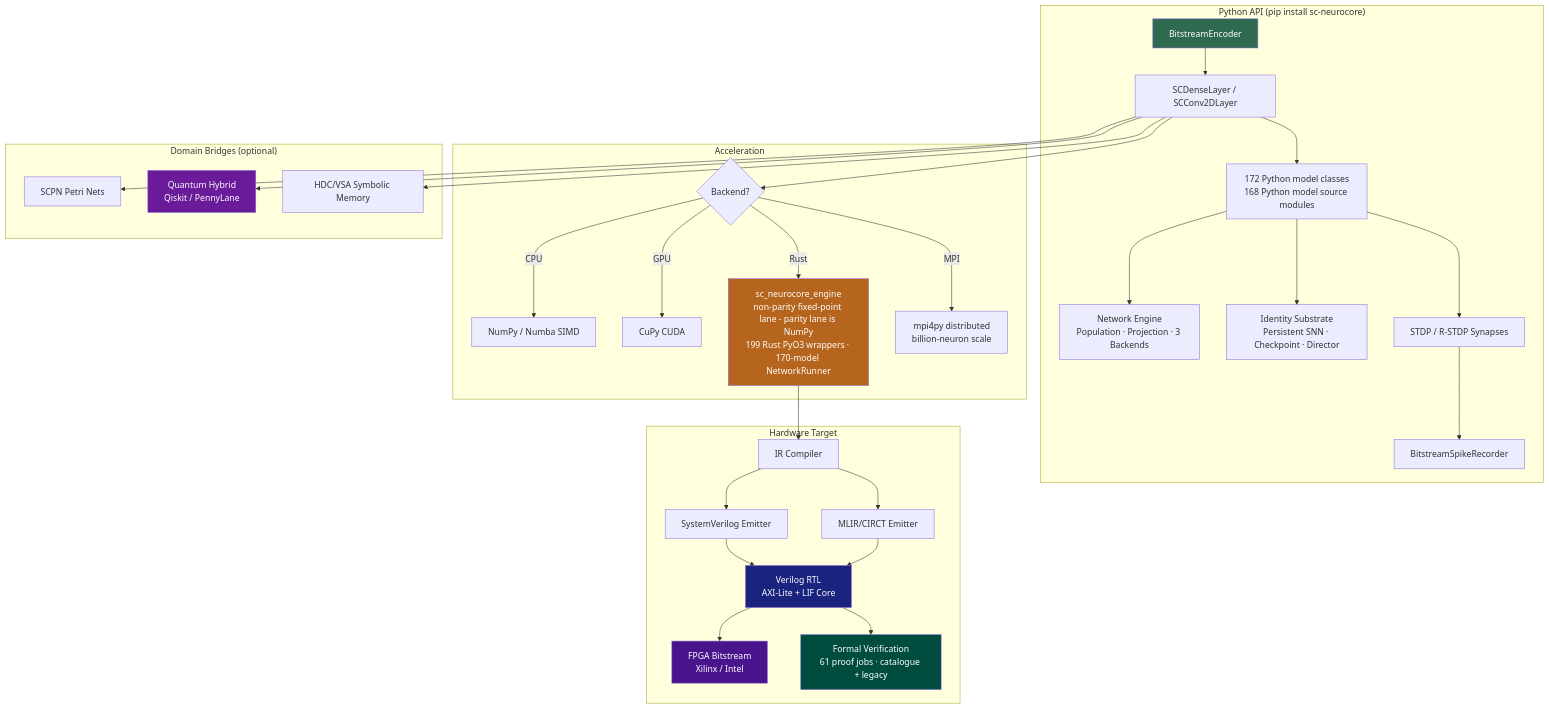
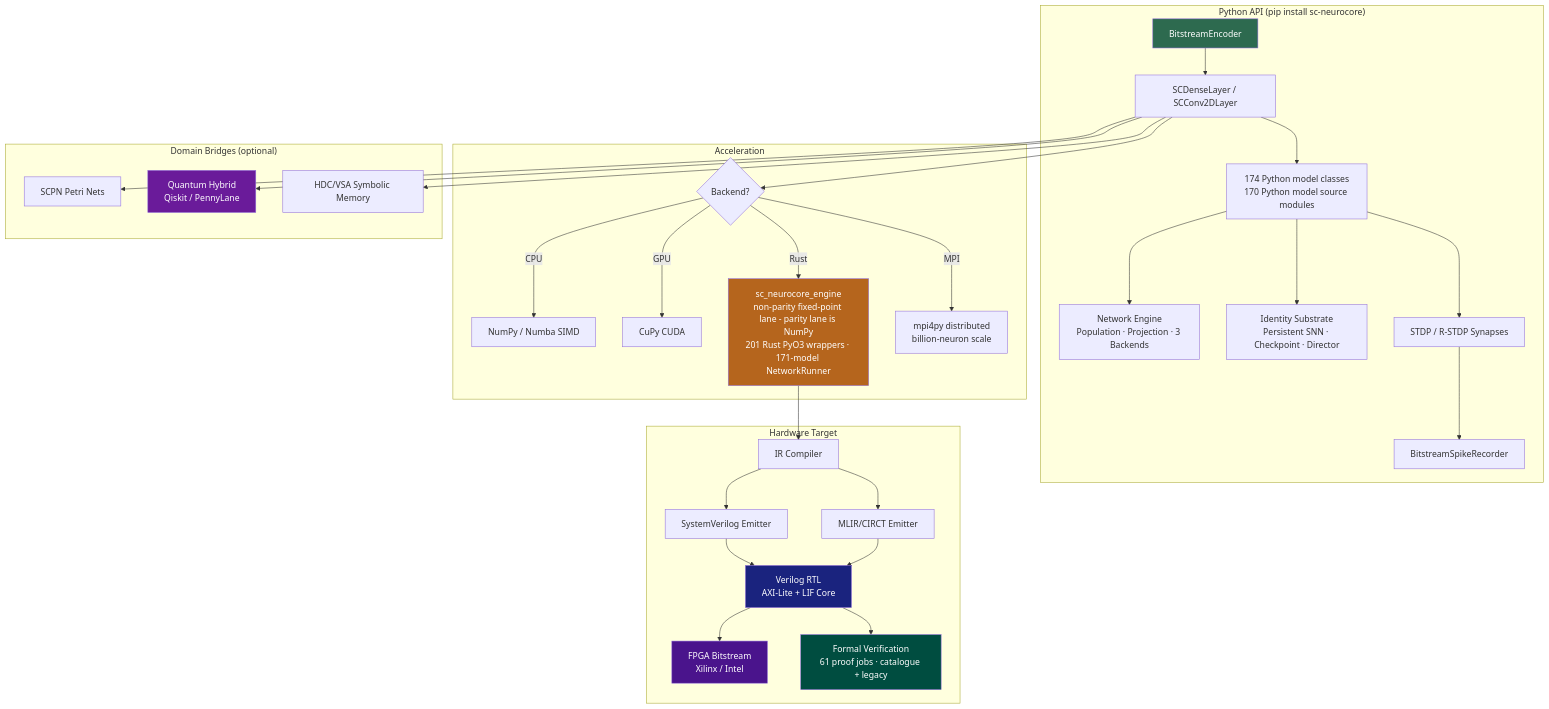
The diagram in README.md (anulum/sc-neurocore), drawn with Mermaid before and after one commit. The commit also changed other lines of this file and 81 other files, not shown here.

````diff
--- a/README.md
+++ b/README.md
@@ -380,42 +380,42 @@
 ```mermaid
 graph TD
     subgraph "Python API (pip install sc-neurocore)"
         A[BitstreamEncoder] --> B[SCDenseLayer / SCConv2DLayer]
-        B --> C[172 Python model classes<br/>168 Python model source modules]
+        B --> C[174 Python model classes<br/>170 Python model source modules]
         C --> NET[Network Engine<br/>Population · Projection · 3 Backends]
         C --> ID[Identity Substrate<br/>Persistent SNN · Checkpoint · Director]
         C --> D[STDP / R-STDP Synapses]
         D --> E[BitstreamSpikeRecorder]
     end
 
     subgraph "Acceleration"
         B --> F{Backend?}
         F -->|CPU| G[NumPy / Numba SIMD]
         F -->|GPU| H[CuPy CUDA]
-        F -->|Rust| I[sc_neurocore_engine<br/>non-parity fixed-point lane - parity lane is NumPy<br/>199 Rust PyO3 wrappers · 170-model NetworkRunner]
+        F -->|Rust| I[sc_neurocore_engine<br/>non-parity fixed-point lane - parity lane is NumPy<br/>201 Rust PyO3 wrappers · 171-model NetworkRunner]
         F -->|MPI| MPI[mpi4py distributed<br/>billion-neuron scale]
     end
 
     subgraph "Hardware Target"
         I --> J[IR Compiler]
         J --> K[SystemVerilog Emitter]
         J --> K2[MLIR/CIRCT Emitter]
         K --> L[Verilog RTL<br/>AXI-Lite + LIF Core]
         K2 --> L
         L --> M[FPGA Bitstream<br/>Xilinx / Intel]
         L --> V[Formal Verification<br/>61 proof jobs · catalogue + legacy]
     end
 
     subgraph "Domain Bridges (optional)"
         B --> N[SCPN Petri Nets]
         B --> O[Quantum Hybrid<br/>Qiskit / PennyLane]
         B --> P[HDC/VSA Symbolic Memory]
     end
 
     style A fill:#2d6a4f,color:#fff
     style I fill:#b5651d,color:#fff
     style L fill:#1a237e,color:#fff
     style M fill:#4a148c,color:#fff
     style O fill:#6a1b9a,color:#fff
     style V fill:#004d40,color:#fff
 ```
````
